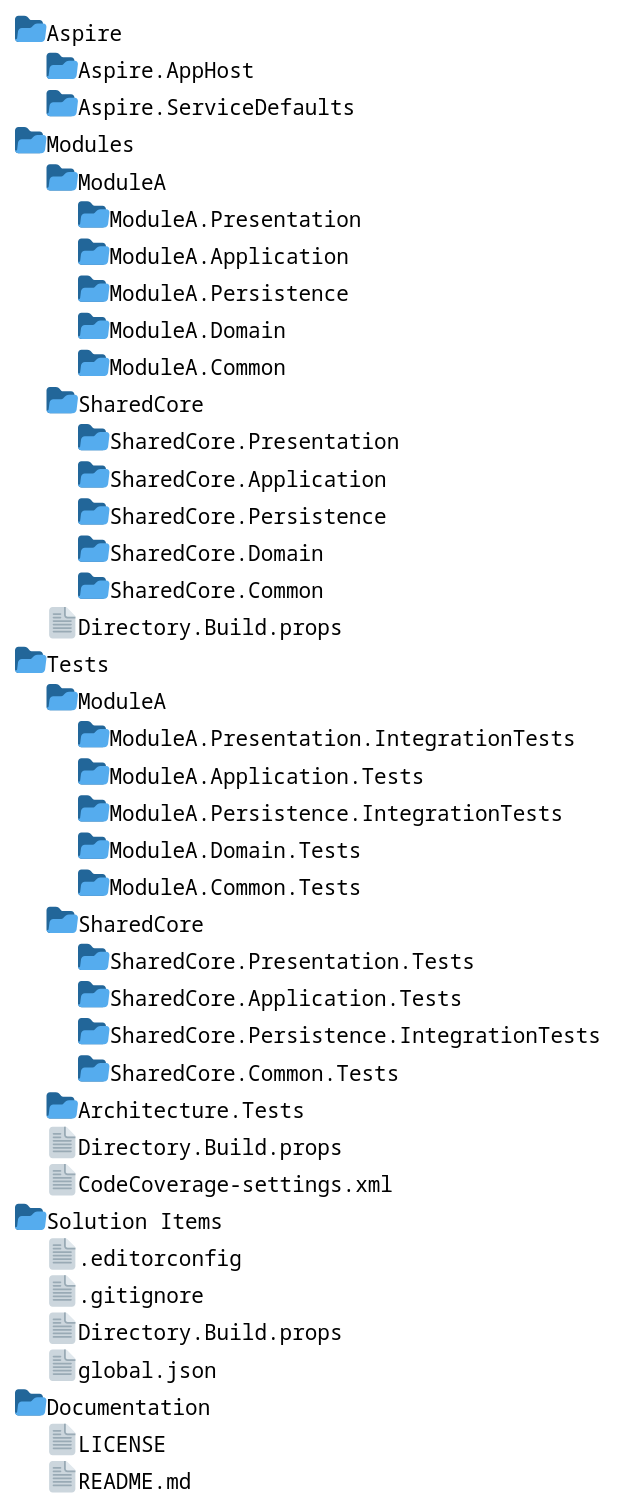
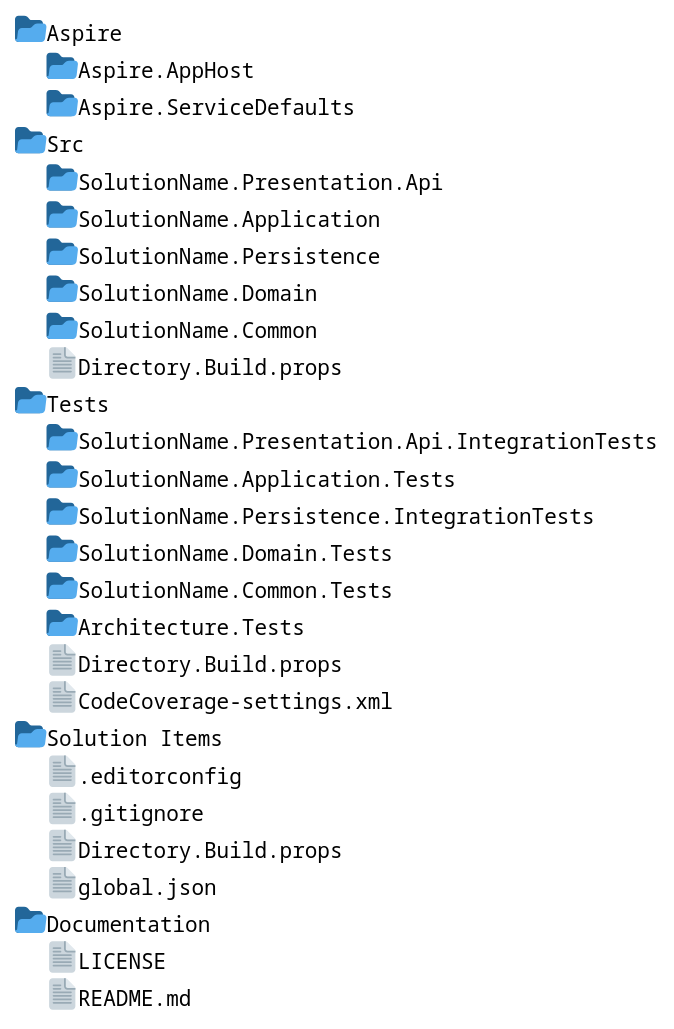
One commit to p-martinho/Minimal.Api.Template changed the diagram in docs/SolutionFolders.pu. Above: the diagram before and after it, drawn with PlantUML. The commit also changed 8 other files, not shown here.

```diff
--- a/docs/SolutionFolders.pu
+++ b/docs/SolutionFolders.pu
@@ -1,35 +1,26 @@
 @startfiles
 
 /Aspire/Aspire.AppHost/
 /Aspire/Aspire.ServiceDefaults/
-/Modules/ModuleA/ModuleA.Presentation/
-/Modules/ModuleA/ModuleA.Application/
-/Modules/ModuleA/ModuleA.Persistence/
-/Modules/ModuleA/ModuleA.Domain/
-/Modules/ModuleA/ModuleA.Common/
-/Modules/SharedCore/SharedCore.Presentation/
-/Modules/SharedCore/SharedCore.Application/
-/Modules/SharedCore/SharedCore.Persistence/
-/Modules/SharedCore/SharedCore.Domain/
-/Modules/SharedCore/SharedCore.Common/
-/Modules/Directory.Build.props
-/Tests/ModuleA/ModuleA.Presentation.IntegrationTests/
-/Tests/ModuleA/ModuleA.Application.Tests/
-/Tests/ModuleA/ModuleA.Persistence.IntegrationTests/
-/Tests/ModuleA/ModuleA.Domain.Tests/
-/Tests/ModuleA/ModuleA.Common.Tests/
-/Tests/SharedCore/SharedCore.Presentation.Tests/
-/Tests/SharedCore/SharedCore.Application.Tests/
-/Tests/SharedCore/SharedCore.Persistence.IntegrationTests/
-/Tests/SharedCore/SharedCore.Common.Tests/
+/Src/SolutionName.Presentation.Api/
+/Src/SolutionName.Application/
+/Src/SolutionName.Persistence/
+/Src/SolutionName.Domain/
+/Src/SolutionName.Common/
+/Src/Directory.Build.props
+/Tests/SolutionName.Presentation.Api.IntegrationTests/
+/Tests/SolutionName.Application.Tests/
+/Tests/SolutionName.Persistence.IntegrationTests/
+/Tests/SolutionName.Domain.Tests/
+/Tests/SolutionName.Common.Tests/
 /Tests/Architecture.Tests/
 /Tests/Directory.Build.props
 /Tests/CodeCoverage-settings.xml
 /Solution Items/.editorconfig
 /Solution Items/.gitignore
 /Solution Items/Directory.Build.props
 /Solution Items/global.json
 /Documentation/LICENSE
 /Documentation/README.md
 
 @endfiles
```
